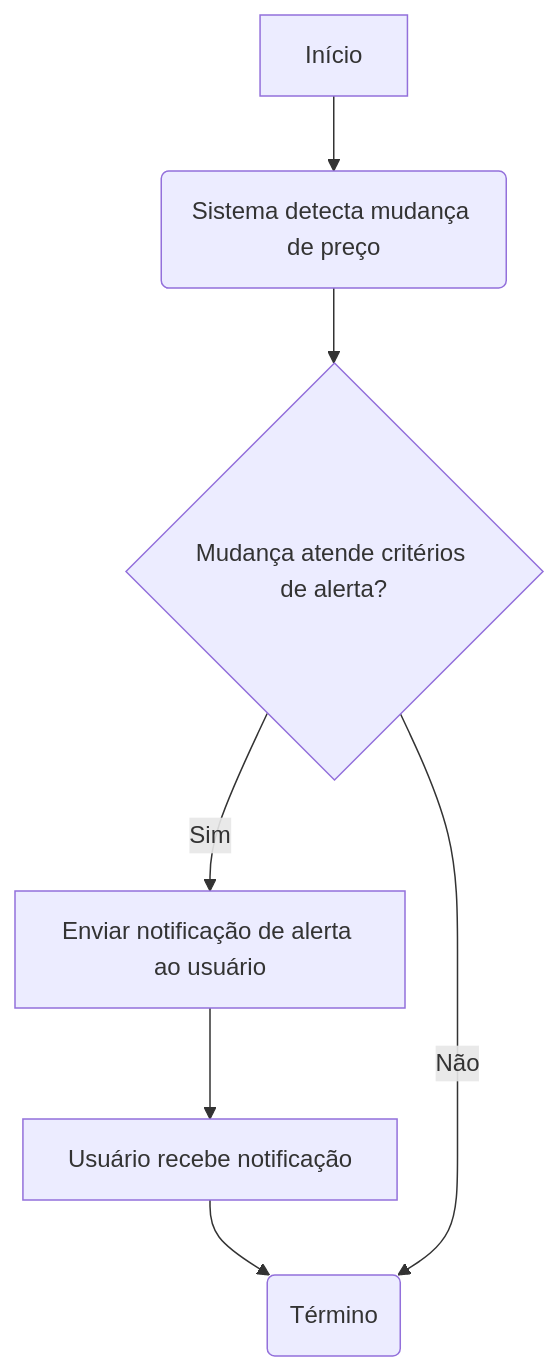
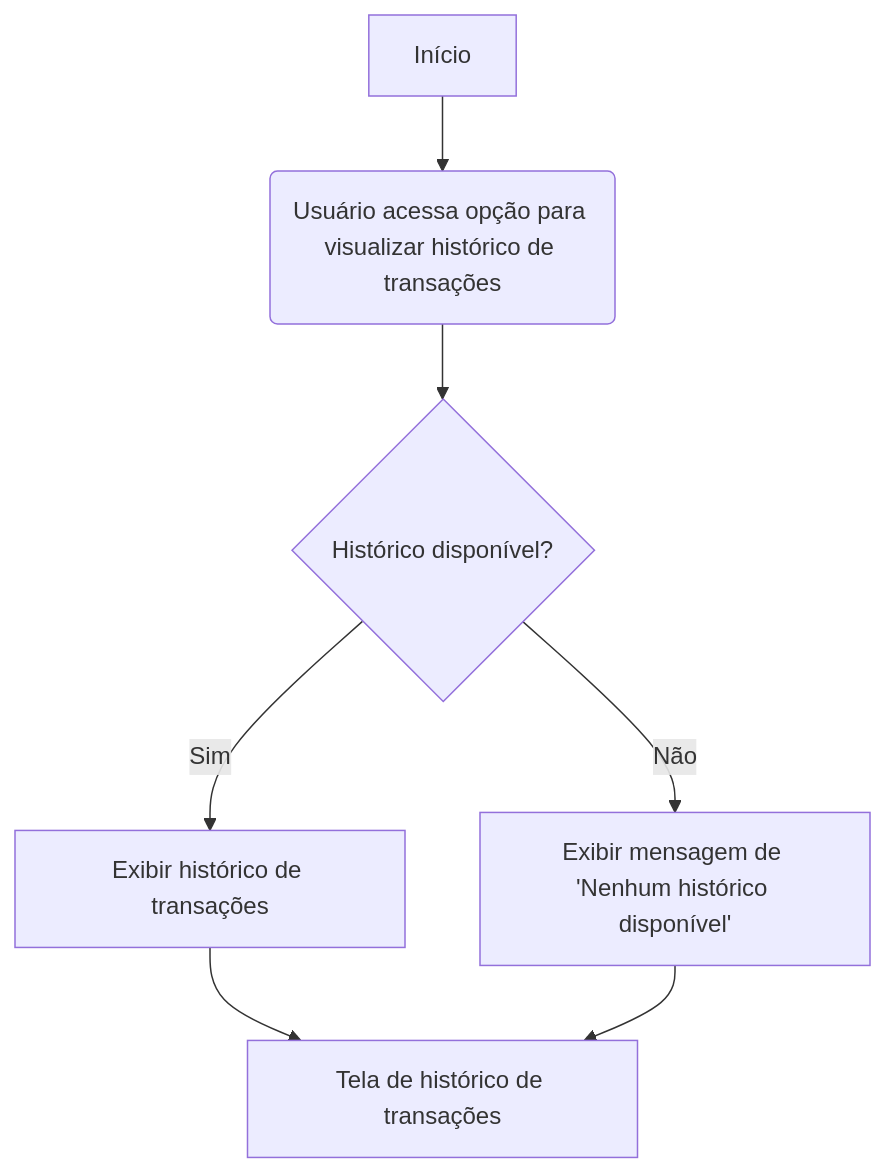
Before and after one commit to angelovicentefilho/finance: the diagram in docs/diagrams/4_realizar_transacoes/usecase_003.md, drawn with Mermaid. The commit also changed 7 other files, not shown here.

Commit message:
atualizando os diagramas

````diff
--- a/docs/diagrams/4_realizar_transacoes/usecase_003.md
+++ b/docs/diagrams/4_realizar_transacoes/usecase_003.md
@@ -1,10 +1,9 @@
 ```mermaid
 flowchart TD
-    A[Início] --> B(Sistema detecta mudança de preço)
-    B --> C{Mudança atende critérios de alerta?}
-    C -->|Sim| D[Enviar notificação de alerta ao usuário]
-    D --> E[Usuário recebe notificação]
-    E --> F(Término)
-    C -->|Não| F
-
+    A[Início] --> B(Usuário acessa opção para visualizar histórico de transações)
+    B --> C{Histórico disponível?}
+    C -->|Sim| D[Exibir histórico de transações]
+    D --> E[Tela de histórico de transações]
+    C -->|Não| F[Exibir mensagem de 'Nenhum histórico disponível']
+    F --> E
 ```
````
